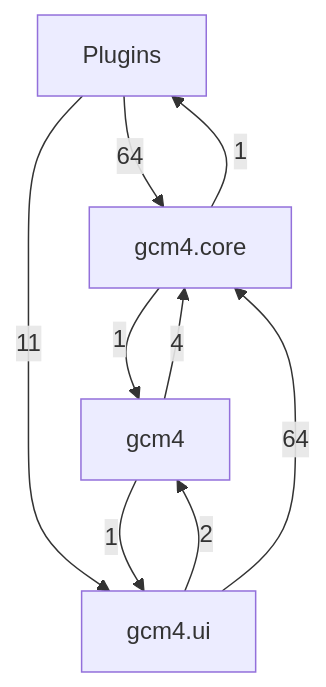
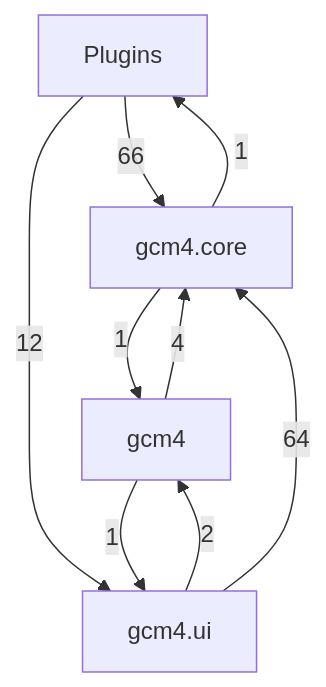
Before and after one commit to Mathilde-Team/Gcm4: the first of 5 diagrams in docs/class-diagram.md, drawn with Mermaid. The commit also changed other lines of this file and 38 other files, not shown here.

````diff
--- a/docs/class-diagram.md
+++ b/docs/class-diagram.md
@@ -21,15 +21,15 @@
 ```mermaid
 flowchart TD
     g0["Plugins"]
     g1["gcm4"]
     g2["gcm4.core"]
     g3["gcm4.ui"]
-    g0 -->|64| g2
-    g0 -->|11| g3
+    g0 -->|66| g2
+    g0 -->|12| g3
     g1 -->|4| g2
     g1 -->|1| g3
     g2 -->|1| g0
     g2 -->|1| g1
     g3 -->|2| g1
     g3 -->|64| g2
 ```
````
